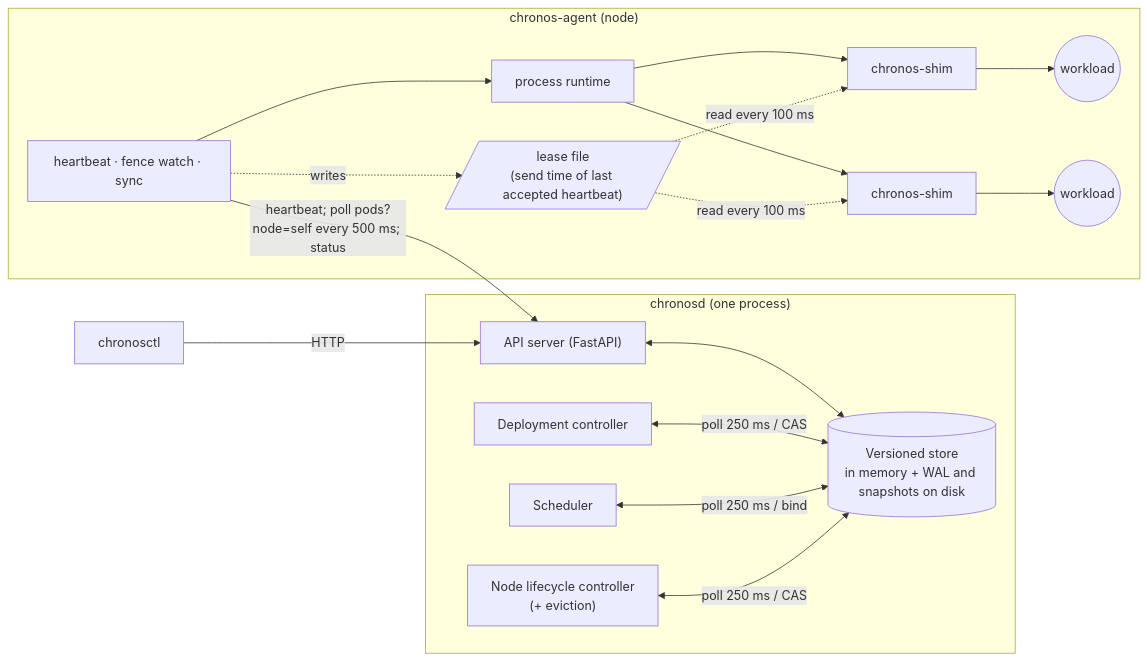
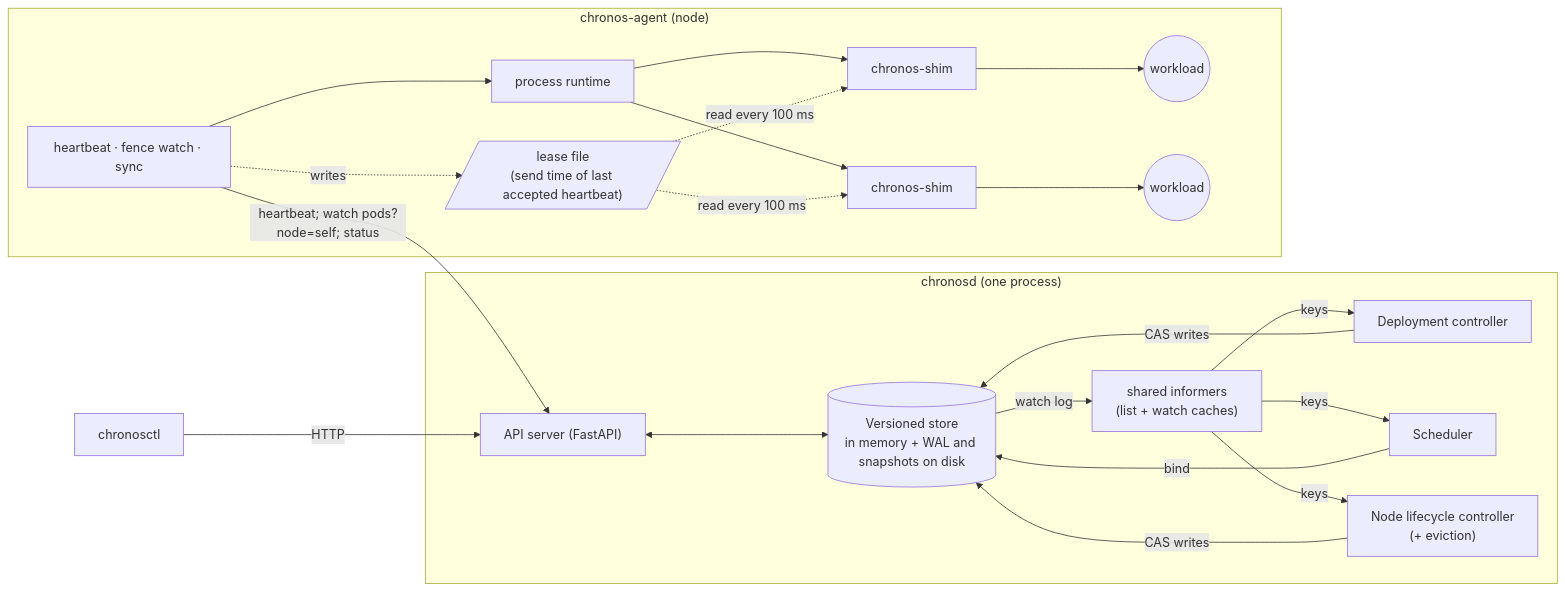
The diagram in README.md (kankaniakshat185/Chronos), drawn with Mermaid before and after one commit. The commit also changed other lines of this file and 51 other files, not shown here.

Commit message:
feat: watch, informers, work queue, expectations and assume cache replace polling; kind and controller registries

````diff
--- a/README.md
+++ b/README.md
@@ -63,24 +65,28 @@
 ```mermaid
 flowchart LR
     subgraph CP["chronosd (one process)"]
         API["API server (FastAPI)"]
         STORE[("Versioned store<br/>in memory + WAL and snapshots on disk")]
         DC["Deployment controller"]
         SCH["Scheduler"]
         NLC["Node lifecycle controller<br/>(+ eviction)"]
         API <--> STORE
-        DC <-->|"poll 250 ms / CAS"| STORE
-        SCH <-->|"poll 250 ms / bind"| STORE
-        NLC <-->|"poll 250 ms / CAS"| STORE
+        STORE -->|"watch log"| INF["shared informers<br/>(list + watch caches)"]
+        INF -->|"keys"| DC
+        INF -->|"keys"| SCH
+        INF -->|"keys"| NLC
+        DC -->|"CAS writes"| STORE
+        SCH -->|"bind"| STORE
+        NLC -->|"CAS writes"| STORE
     end
     CLI["chronosctl"] -->|HTTP| API
     subgraph N1["chronos-agent (node)"]
         A1["heartbeat · fence watch · sync"] --> R1["process runtime"]
         A1 -.->|"writes"| L1[/"lease file<br/>(send time of last accepted heartbeat)"/]
         R1 --> S1a["chronos-shim"] --> W1a(("workload"))
         R1 --> S1b["chronos-shim"] --> W1b(("workload"))
         L1 -.->|"read every 100 ms"| S1a
         L1 -.->|"read every 100 ms"| S1b
     end
-    A1 -->|"heartbeat; poll pods?node=self every 500 ms; status"| API
+    A1 -->|"heartbeat; watch pods?node=self; status"| API
 ```
````
